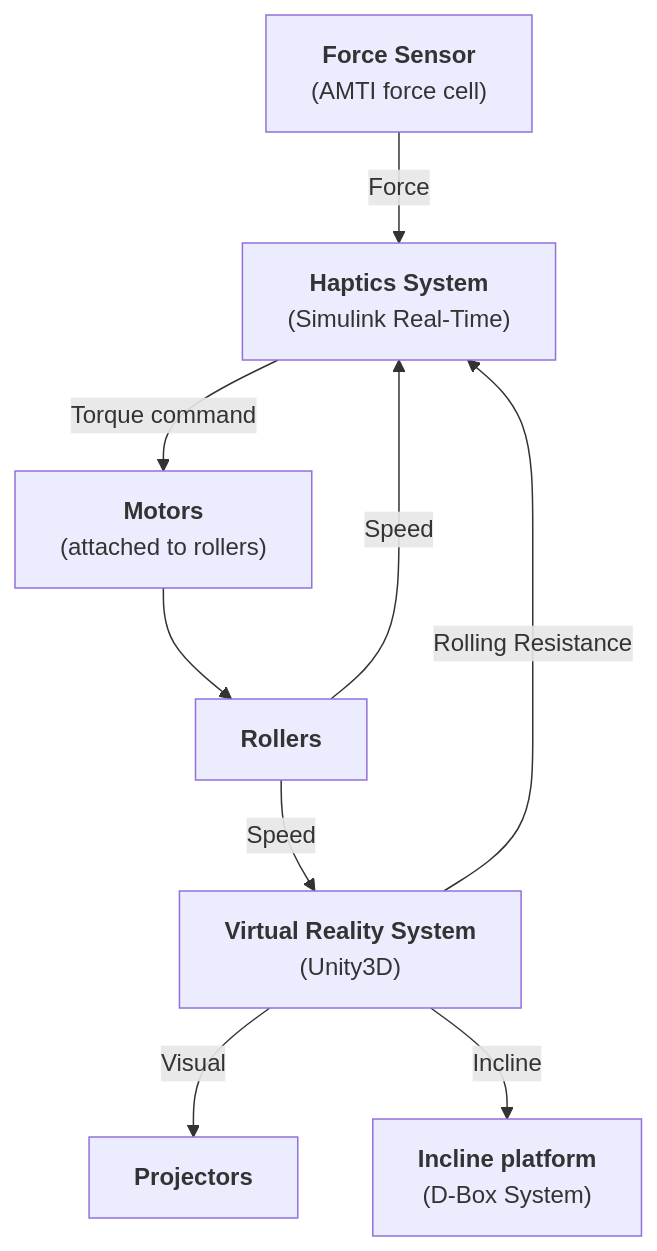
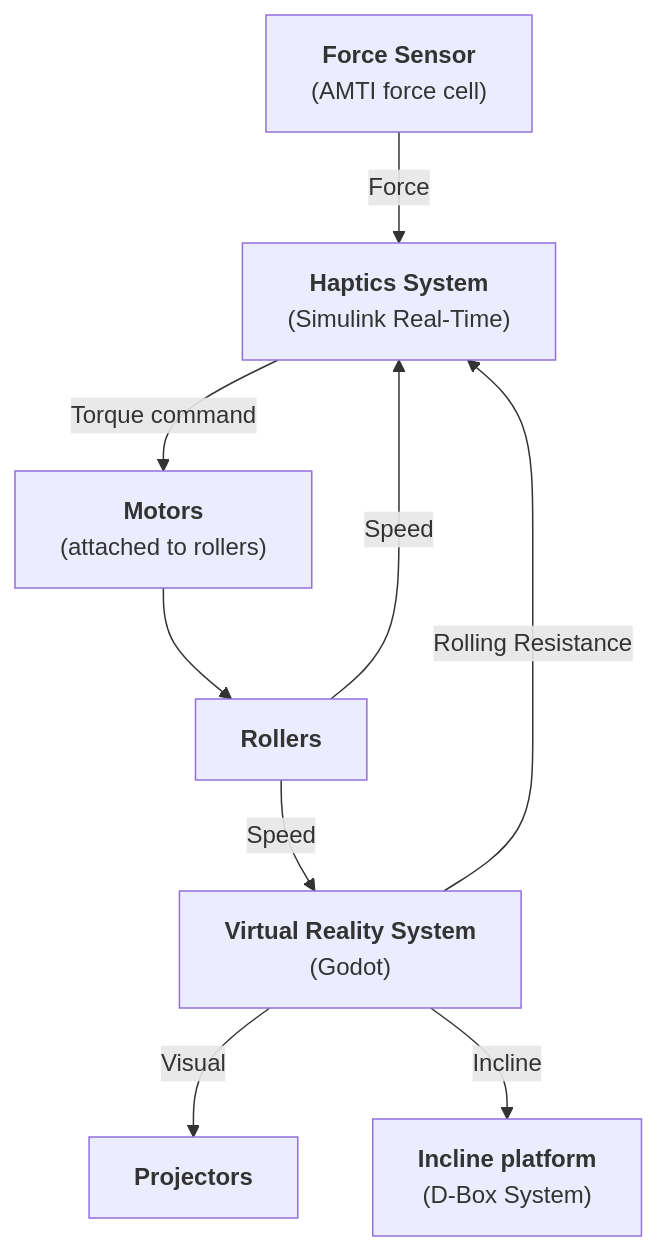
One commit to WheelSims/wheelsims_doc changed the diagram in HardwareOverview.md. Above: the diagram before and after it, drawn with Mermaid.

Commit message:
Change VR system from Unity3D to Godot

````diff
--- a/HardwareOverview.md
+++ b/HardwareOverview.md
@@ -14,21 +14,21 @@
 ```mermaid
 flowchart TD
 
 force_sensor["<b>Force Sensor</b><br/>(AMTI force cell)"]
 haptics["<b>Haptics System</b><br/>(Simulink Real-Time)"]
-unity["<b>Virtual Reality System</b><br/>(Unity3D)"]
+unity["<b>Virtual Reality System</b><br/>(Godot)"]
 motors["<b>Motors</b><br/>(attached to rollers)"]
 rollers["<b>Rollers</b>"]
 projectors["<b>Projectors</b>"]
 dbox["<b>Incline platform</b><br/>(D-Box System)"]
 
 force_sensor -->|Force| haptics
 haptics -->|Torque command| motors
 motors --> rollers
 rollers -->|Speed| haptics
 rollers -->|Speed| unity
 unity -->|Visual| projectors
 unity -->|Incline| dbox
 unity -->|Rolling Resistance| haptics
 
 ```
````
